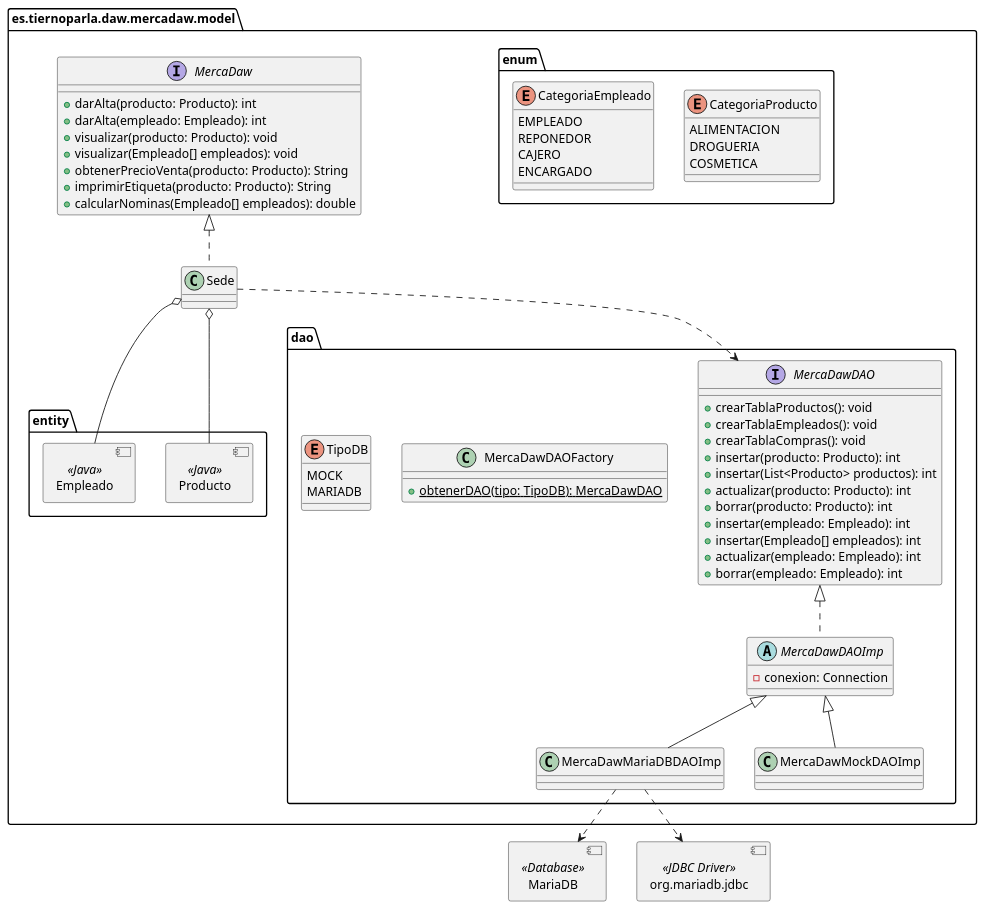
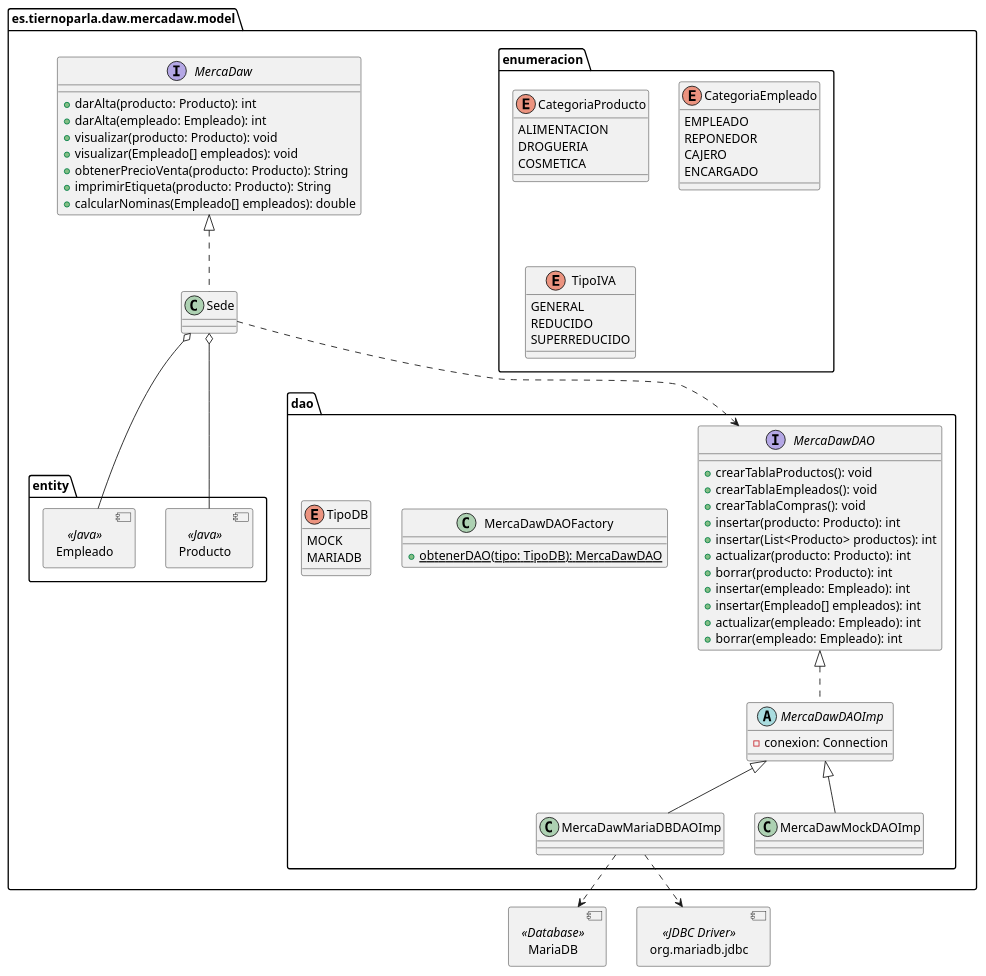
Before and after one commit to adrils16/MercaDawFinal: the diagram in design/Diagramas/Clases/DiagramaClasesModel.pu, drawn with PlantUML. The commit also changed 10 other files, not shown here.

```diff
--- a/design/Diagramas/Clases/DiagramaClasesModel.pu
+++ b/design/Diagramas/Clases/DiagramaClasesModel.pu
@@ -1,102 +1,108 @@
 @startuml Diagrama clases Model
 ' left to right direction
 set namespaceSeparator none
 allow_mixing
 
 package es.tiernoparla.daw.mercadaw.model {
 
-    package enum{
+    package enumeracion{
 
         enum CategoriaProducto {
             ALIMENTACION
             DROGUERIA
             COSMETICA
         }
 
         enum CategoriaEmpleado {
             EMPLEADO
             REPONEDOR
             CAJERO
             ENCARGADO
+        }
+
+        enum TipoIVA {
+            GENERAL
+            REDUCIDO
+            SUPERREDUCIDO
         }
     }
 
     interface MercaDaw {
         +darAlta(producto: Producto): int
         +darAlta(empleado: Empleado): int
         +visualizar(producto: Producto): void
         +visualizar(Empleado[] empleados): void
         +obtenerPrecioVenta(producto: Producto): String
         +imprimirEtiqueta(producto: Producto): String
         +calcularNominas(Empleado[] empleados): double
     }
 
     class Sede {
 
     }
 
     package entity {
         component Producto <<Java>>
         component Empleado <<Java>>
 
     }
 
     Sede o-- Producto
     Sede o-- Empleado
 
     MercaDaw <|.. Sede
 
     package dao {
         interface MercaDawDAO {
             +crearTablaProductos(): void
             +crearTablaEmpleados(): void
             +crearTablaCompras(): void
             +insertar(producto: Producto): int
             +insertar(List<Producto> productos): int
             +actualizar(producto: Producto): int
             +borrar(producto: Producto): int
             +insertar(empleado: Empleado): int
             +insertar(Empleado[] empleados): int
             +actualizar(empleado: Empleado): int
             +borrar(empleado: Empleado): int
         }
 
         abstract class MercaDawDAOImp {
             -conexion: Connection
             '-conectar(): Connection
         }
 
         class MercaDawMariaDBDAOImp {
             
         }
         
 
         class MercaDawMockDAOImp {
             
         }
 
         class MercaDawDAOFactory {
             +{static}obtenerDAO(tipo: TipoDB): MercaDawDAO
         }
 
         enum TipoDB {
             MOCK
             MARIADB
         }
 
         MercaDawDAO <|.. MercaDawDAOImp
         MercaDawDAOImp <|-- MercaDawMariaDBDAOImp
         MercaDawDAOImp <|-- MercaDawMockDAOImp
 
     }
 }
 
 component MariaDB <<Database>>
 component org.mariadb.jdbc <<JDBC Driver>>
 
 MercaDawMariaDBDAOImp ..> MariaDB
 MercaDawMariaDBDAOImp ..> org.mariadb.jdbc
 
 Sede ..> MercaDawDAO
 
 @enduml
```
